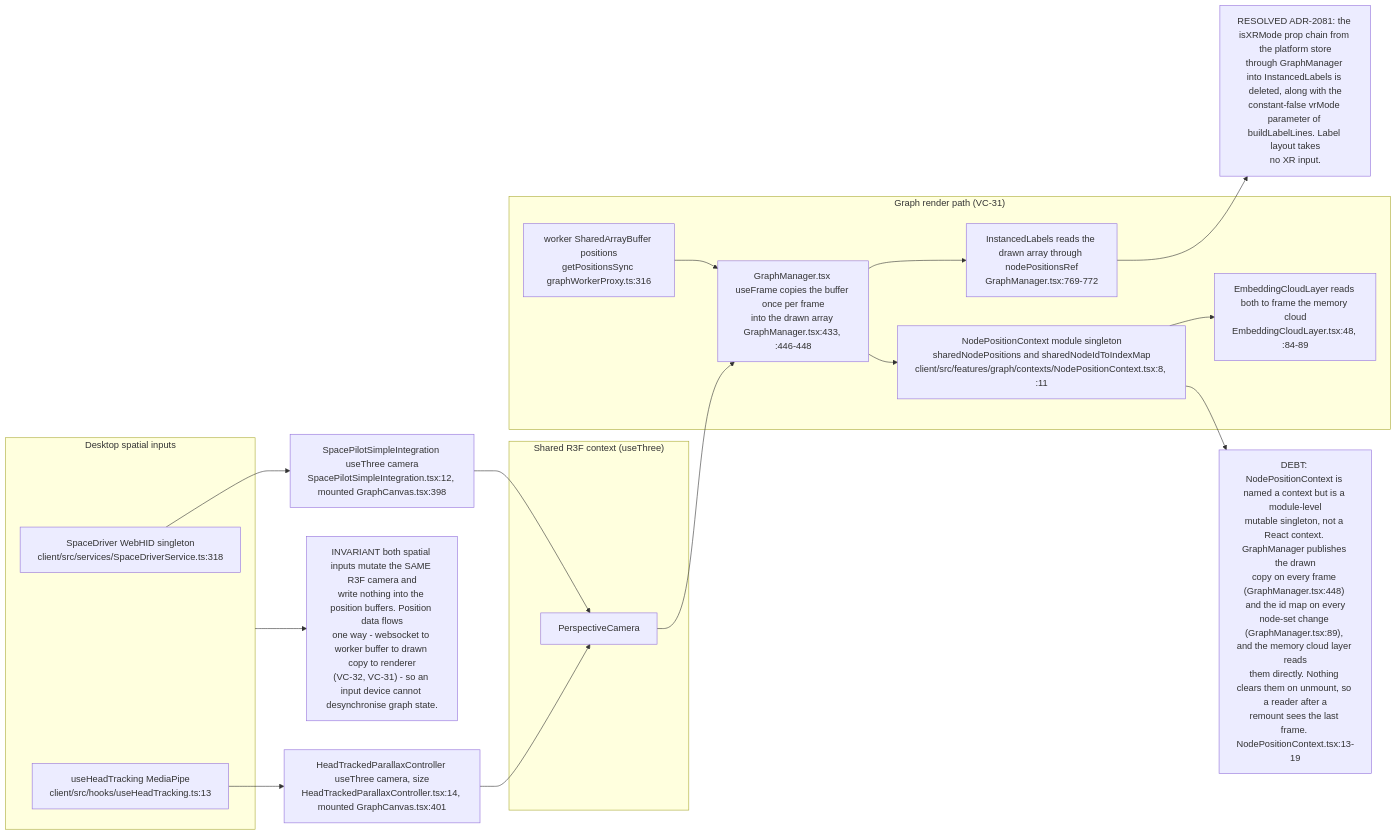
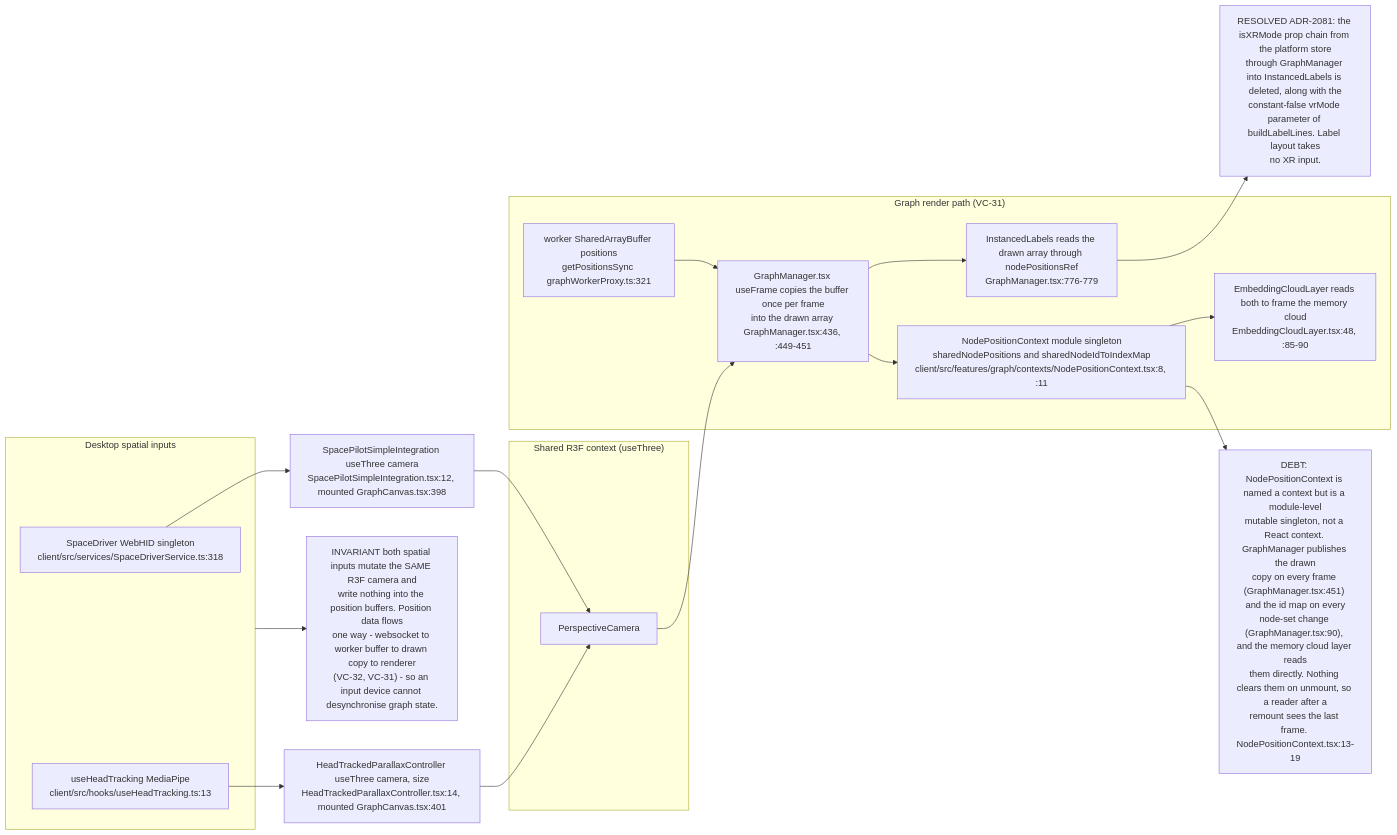
The seventh of 11 diagrams in docs/diagrams/visionclaw/37-browser-xr-and-desktop-input.md (DreamLab-AI/VisionFlow), drawn with Mermaid before and after one commit. The commit also changed other lines of this file and 7 other files, not shown here.

First line of the commit message:
diagrams(visionclaw): re-verify VC-34 to VC-40 and VC-42 at visionclaw 4900ec6, agentbox 59b1aca

````diff
--- a/docs/diagrams/visionclaw/37-browser-xr-and-desktop-input.md
+++ b/docs/diagrams/visionclaw/37-browser-xr-and-desktop-input.md
@@ -349,30 +349,30 @@
 ```mermaid
 flowchart LR
     subgraph inputs["Desktop spatial inputs"]
         SP["SpaceDriver WebHID singleton<br/>client/src/services/SpaceDriverService.ts:318"]
         HT["useHeadTracking MediaPipe<br/>client/src/hooks/useHeadTracking.ts:13"]
     end
     subgraph r3f["Shared R3F context (useThree)"]
         CAM["PerspectiveCamera"]
     end
     subgraph graph["Graph render path (VC-31)"]
-        SAB["worker SharedArrayBuffer positions<br/>getPositionsSync graphWorkerProxy.ts:316"]
-        GMx["GraphManager.tsx useFrame copies the buffer once per frame<br/>into the drawn array GraphManager.tsx:433, :446-448"]
-        ILx["InstancedLabels reads the drawn array through nodePositionsRef<br/>GraphManager.tsx:769-772"]
+        SAB["worker SharedArrayBuffer positions<br/>getPositionsSync graphWorkerProxy.ts:321"]
+        GMx["GraphManager.tsx useFrame copies the buffer once per frame<br/>into the drawn array GraphManager.tsx:436, :449-451"]
+        ILx["InstancedLabels reads the drawn array through nodePositionsRef<br/>GraphManager.tsx:776-779"]
         NPC["NodePositionContext module singleton<br/>sharedNodePositions and sharedNodeIdToIndexMap<br/>client/src/features/graph/contexts/NodePositionContext.tsx:8, :11"]
-        ECL["EmbeddingCloudLayer reads both to frame the memory cloud<br/>EmbeddingCloudLayer.tsx:48, :84-89"]
+        ECL["EmbeddingCloudLayer reads both to frame the memory cloud<br/>EmbeddingCloudLayer.tsx:48, :85-90"]
     end
     SP --> SIx["SpacePilotSimpleIntegration useThree camera<br/>SpacePilotSimpleIntegration.tsx:12, mounted GraphCanvas.tsx:398"] --> CAM
     HT --> HPCx["HeadTrackedParallaxController useThree camera, size<br/>HeadTrackedParallaxController.tsx:14, mounted GraphCanvas.tsx:401"] --> CAM
     SAB --> GMx
     CAM --> GMx
     GMx --> ILx
     GMx --> NPC
     NPC --> ECL
     ILx --> NOTE1
     NOTE1["RESOLVED ADR-2081: the isXRMode prop chain from the platform store<br/>through GraphManager into InstancedLabels is deleted, along with the<br/>constant-false vrMode parameter of buildLabelLines. Label layout takes<br/>no XR input."]
     inputs --> NOTE2
     NOTE2["INVARIANT both spatial inputs mutate the SAME R3F camera and<br/>write nothing into the position buffers. Position data flows<br/>one way - websocket to worker buffer to drawn copy to renderer<br/>(VC-32, VC-31) - so an input device cannot desynchronise graph state."]
     NPC --> NOTE3
-    NOTE3["DEBT: NodePositionContext is named a context but is a module-level<br/>mutable singleton, not a React context. GraphManager publishes the drawn<br/>copy on every frame (GraphManager.tsx:448) and the id map on every<br/>node-set change (GraphManager.tsx:89), and the memory cloud layer reads<br/>them directly. Nothing clears them on unmount, so a reader after a<br/>remount sees the last frame. NodePositionContext.tsx:13-19"]
+    NOTE3["DEBT: NodePositionContext is named a context but is a module-level<br/>mutable singleton, not a React context. GraphManager publishes the drawn<br/>copy on every frame (GraphManager.tsx:451) and the id map on every<br/>node-set change (GraphManager.tsx:90), and the memory cloud layer reads<br/>them directly. Nothing clears them on unmount, so a reader after a<br/>remount sees the last frame. NodePositionContext.tsx:13-19"]
 ```
````
